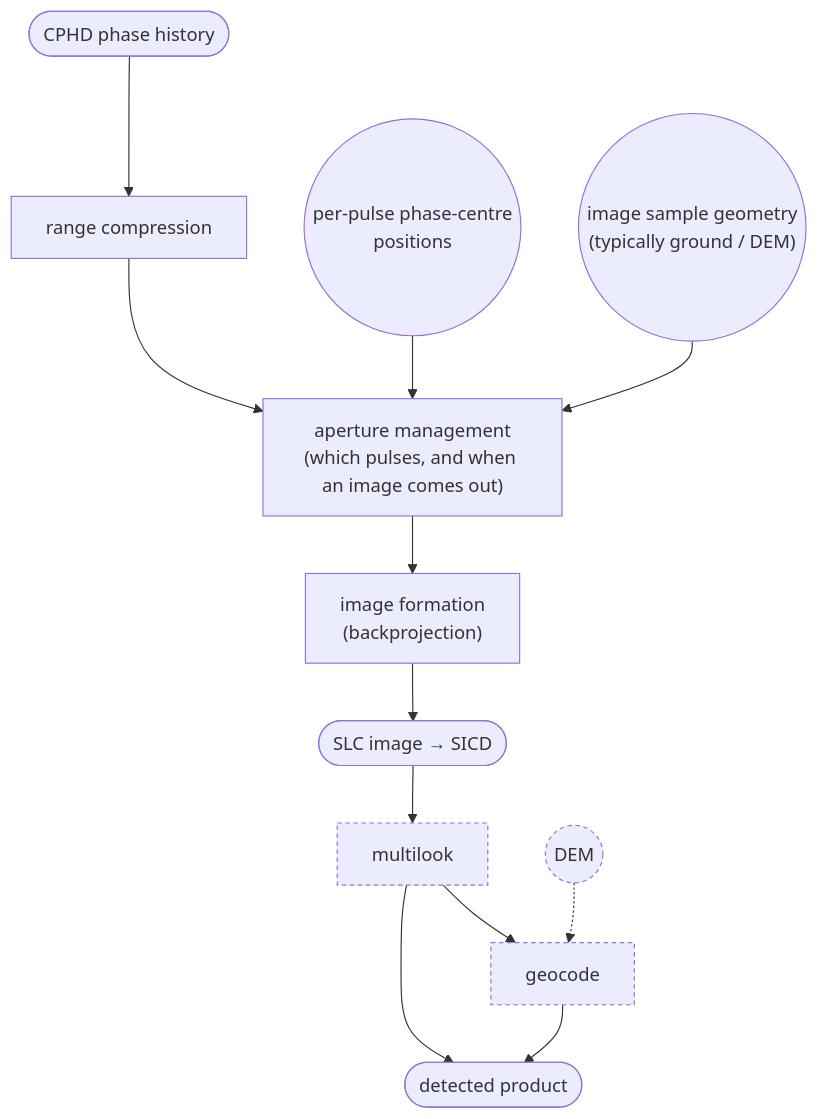
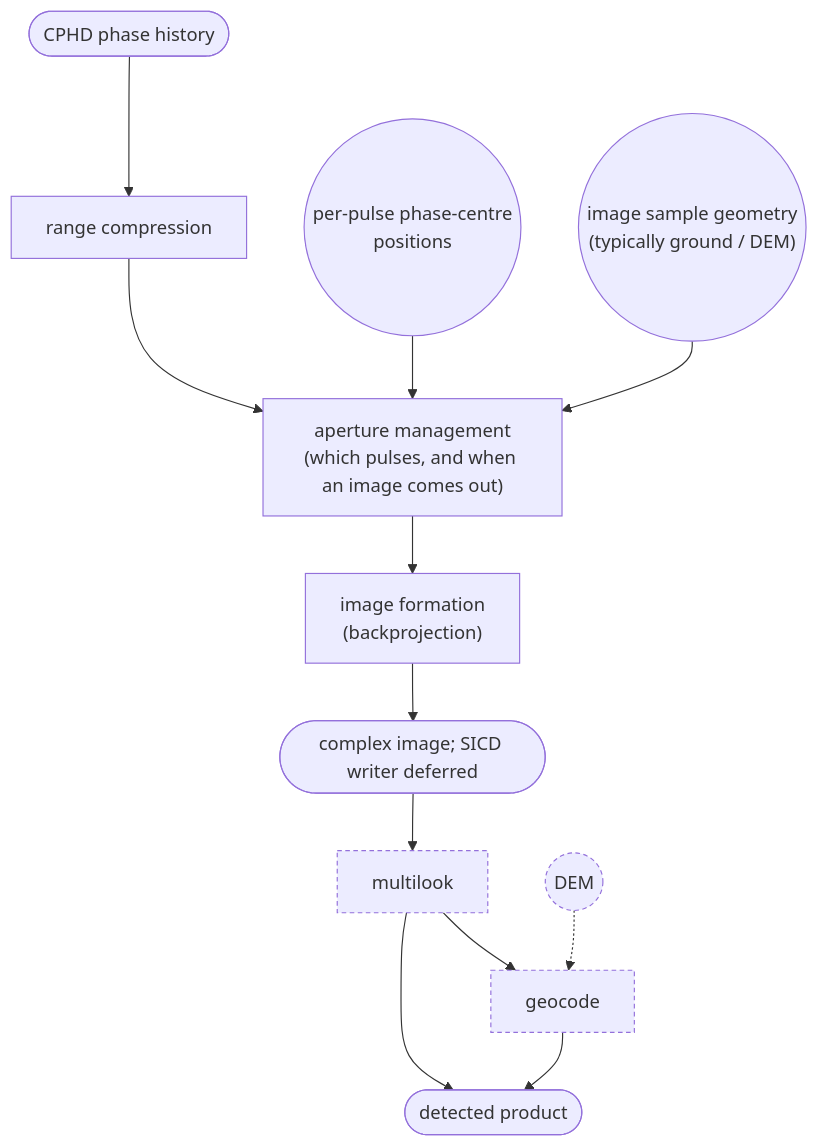
One commit to nvidia-holoscan/holoscan-radar changed the diagram in docs/planning/SAR/PRACTITIONER_OVERVIEW.md. Above: the diagram before and after it, drawn with Mermaid. The commit also changed other lines of this file and 38 other files, not shown here.

````diff
--- a/docs/planning/SAR/PRACTITIONER_OVERVIEW.md
+++ b/docs/planning/SAR/PRACTITIONER_OVERVIEW.md
@@ -29,16 +37,16 @@
 ```mermaid
 flowchart TD
   classDef opt stroke-dasharray:4 3
   CPHD(["CPHD phase history"]) --> RC["range compression"]
   RC --> AM["aperture management<br>(which pulses, and when an image comes out)"]
   AM --> BP["image formation<br>(backprojection)"]
   NAV(("per-pulse phase-centre<br>positions")) --> AM
   GEOM(("image sample geometry<br>(typically ground / DEM)")) --> AM
-  BP --> SLC(["SLC image → SICD"])
+  BP --> SLC(["complex image; SICD writer deferred"])
   SLC --> ML["multilook"]
   ML --> GC["geocode"]
   GC --> PROD(["detected product"])
   ML --> PROD
   DEM(("DEM")) -.-> GC
   class ML,GC,DEM opt
 ```
````
